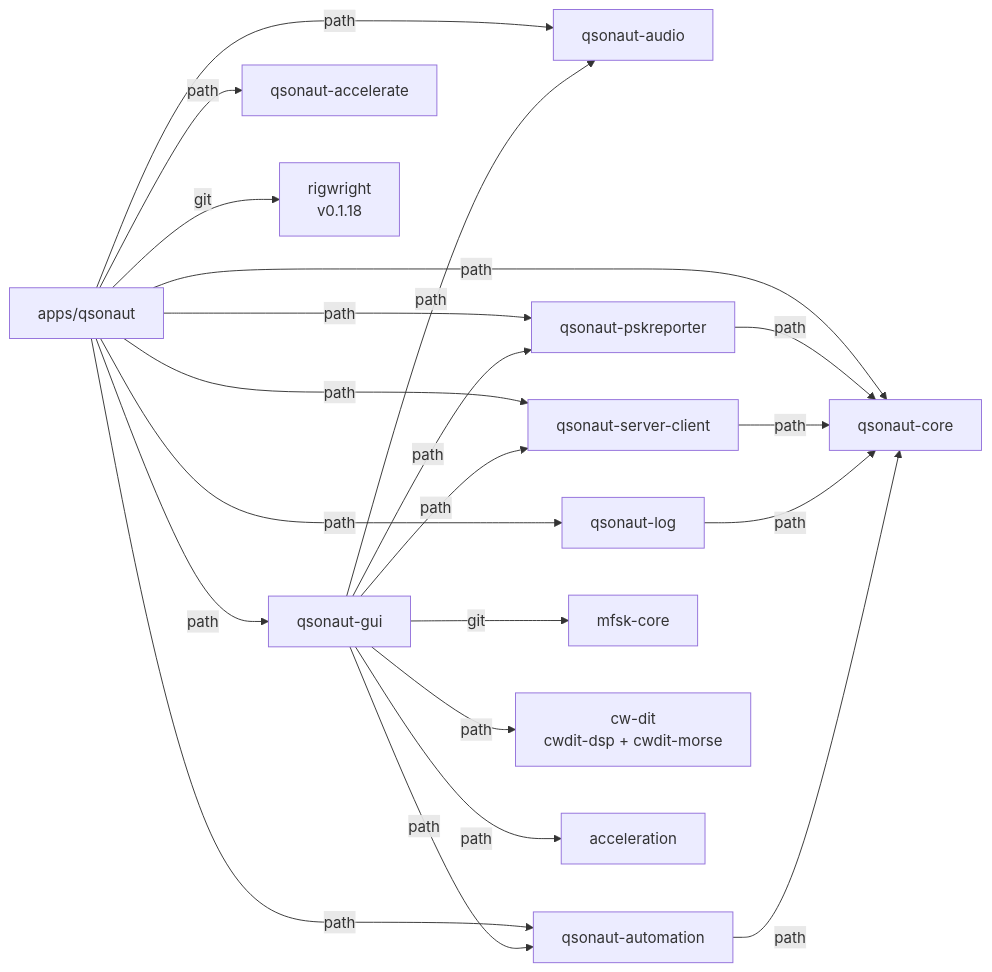
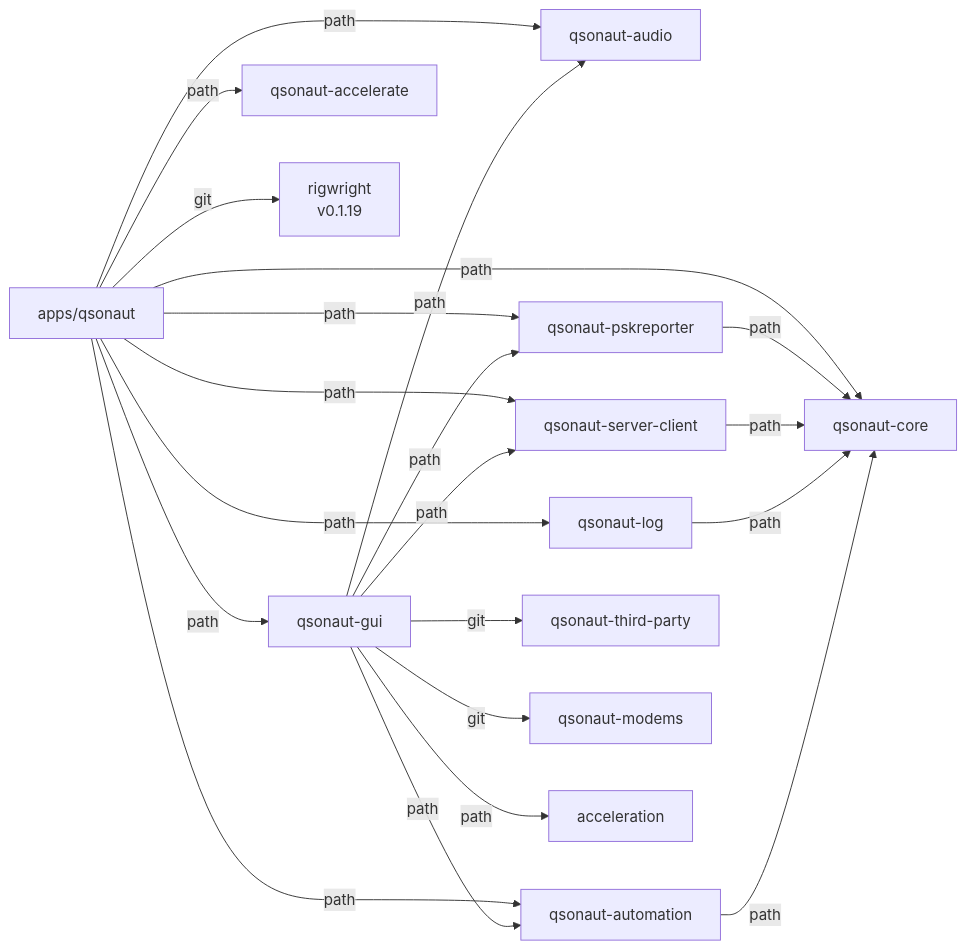
One commit to nicksbar/QSONaut changed the third of 6 diagrams in docs/ARCHITECTURE.md. Above: the diagram before and after it, drawn with Mermaid. The commit also changed other lines of this file and 6 other files, not shown here.

````diff
--- a/docs/ARCHITECTURE.md
+++ b/docs/ARCHITECTURE.md
@@ -90,38 +90,38 @@
 ```mermaid
 graph LR
     qsonaut[apps/qsonaut]
     audio[qsonaut-audio]
     core[qsonaut-core]
     gui[qsonaut-gui]
     log[qsonaut-log]
     automation[qsonaut-automation]
     psk[qsonaut-pskreporter]
     server-client[qsonaut-server-client]
     accelerate[qsonaut-accelerate]
-    mfsk[mfsk-core]
-    cwdit[cw-dit<br/>cwdit-dsp + cwdit-morse]
-    rigwright[rigwright<br/>v0.1.18]
+    third-party[qsonaut-third-party]
+    modems[qsonaut-modems]
+    rigwright[rigwright<br/>v0.1.19]
     
     qsonaut -->|path| gui
     qsonaut -->|path| core
     qsonaut -->|path| audio
     qsonaut -->|path| log
     qsonaut -->|path| automation
     qsonaut -->|path| psk
     qsonaut -->|path| server-client
     qsonaut -->|path| accelerate
     qsonaut -->|git| rigwright
     
-    gui -->|git| mfsk
-    gui -->|path| cwdit
+    gui -->|git| third-party
+    gui -->|git| modems
     gui -->|path| audio
     gui -->|path| acceleration
     gui -->|path| automation
     gui -->|path| server-client
     gui -->|path| psk
     
     psk -->|path| core
     server-client -->|path| core
     log -->|path| core
     automation -->|path| core
 ```
````
